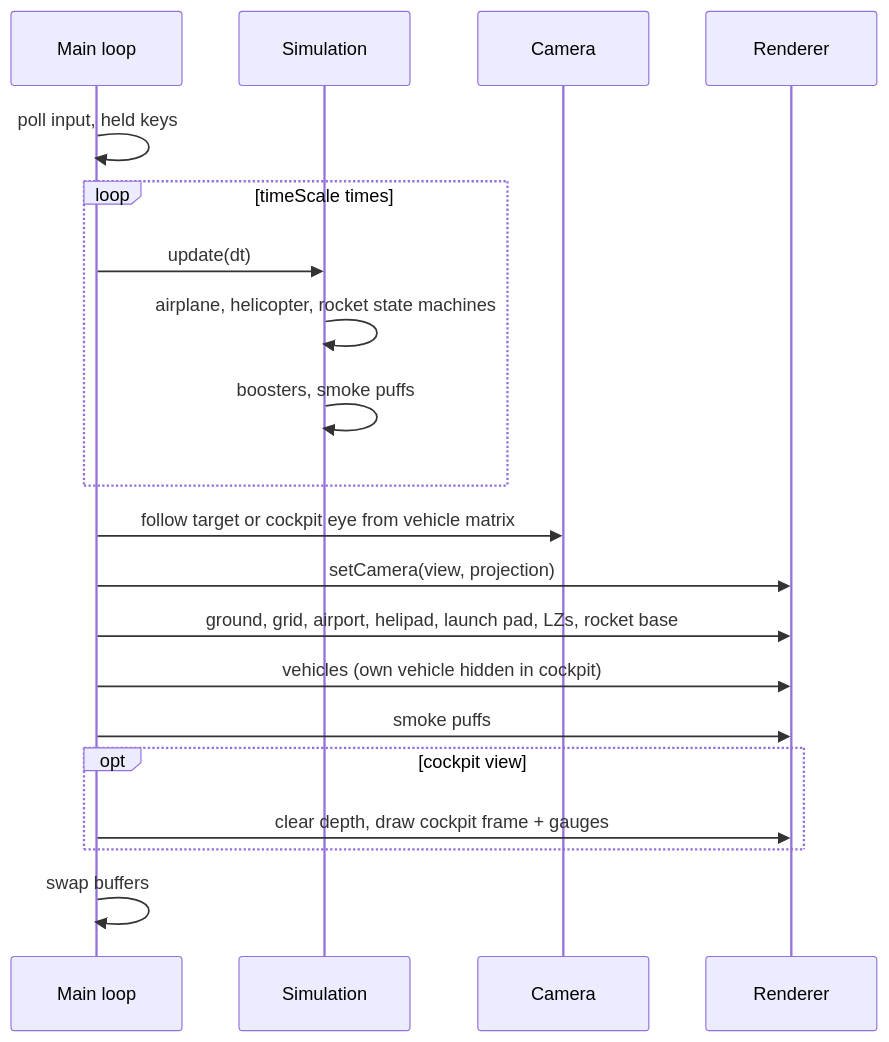
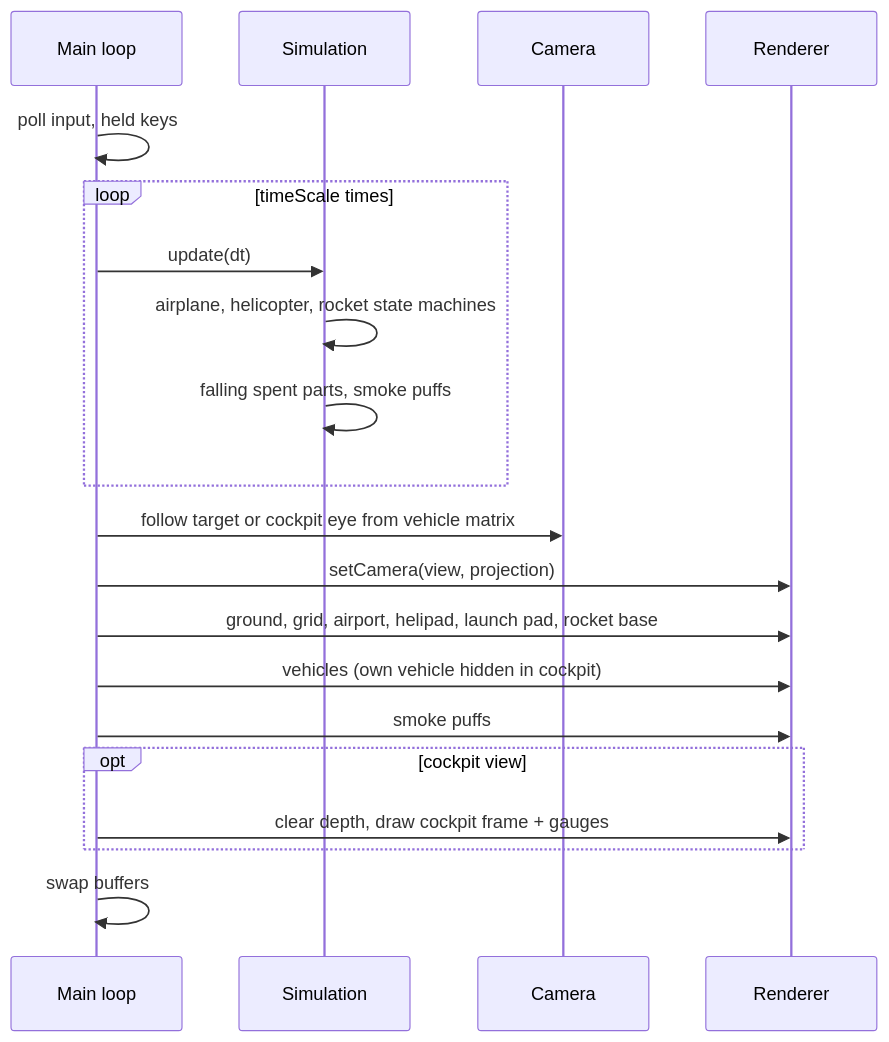
One commit to shishir-kuet/airport-atc-simulation-opengl changed the second of 5 diagrams in README.md. Above: the diagram before and after it, drawn with Mermaid. The commit also changed other lines of this file, not shown here.

First line of the commit message:
docs: describe the two-stage rocket and its return

````diff
--- a/README.md
+++ b/README.md
@@ -198,22 +197,22 @@
 ```mermaid
 sequenceDiagram
     participant App as Main loop
     participant Sim as Simulation
     participant Cam as Camera
     participant R as Renderer
     App->>App: poll input, held keys
     loop timeScale times
         App->>Sim: update(dt)
         Sim->>Sim: airplane, helicopter, rocket state machines
-        Sim->>Sim: boosters, smoke puffs
+        Sim->>Sim: falling spent parts, smoke puffs
     end
     App->>Cam: follow target or cockpit eye from vehicle matrix
     App->>R: setCamera(view, projection)
-    App->>R: ground, grid, airport, helipad, launch pad, LZs, rocket base
+    App->>R: ground, grid, airport, helipad, launch pad, rocket base
     App->>R: vehicles (own vehicle hidden in cockpit)
     App->>R: smoke puffs
     opt cockpit view
         App->>R: clear depth, draw cockpit frame + gauges
     end
     App->>App: swap buffers
 ```
````
